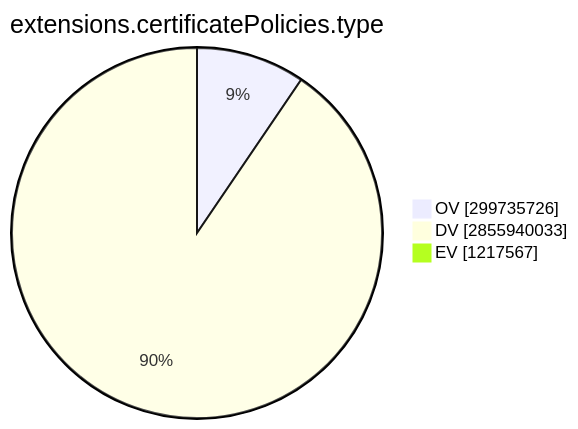
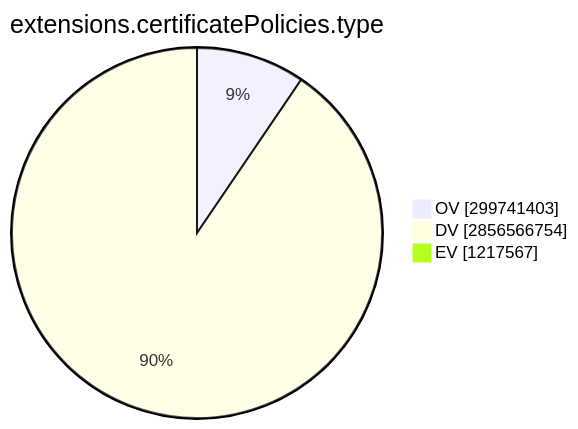
Before and after one commit to christiankrug/ctmonitor_visualization: the ninth of 15 diagrams in TOTAL/README.md, drawn with Mermaid. The commit also changed other lines of this file, not shown here.

````diff
--- a/TOTAL/README.md
+++ b/TOTAL/README.md
@@ -3101,7 +3101,7 @@
 ```mermaid
 pie showData
 title extensions.certificatePolicies.type
-"OV" :299735726
-"DV" :2855940033
+"OV" :299741403
+"DV" :2856566754
 "EV" :1217567
 ```
````
